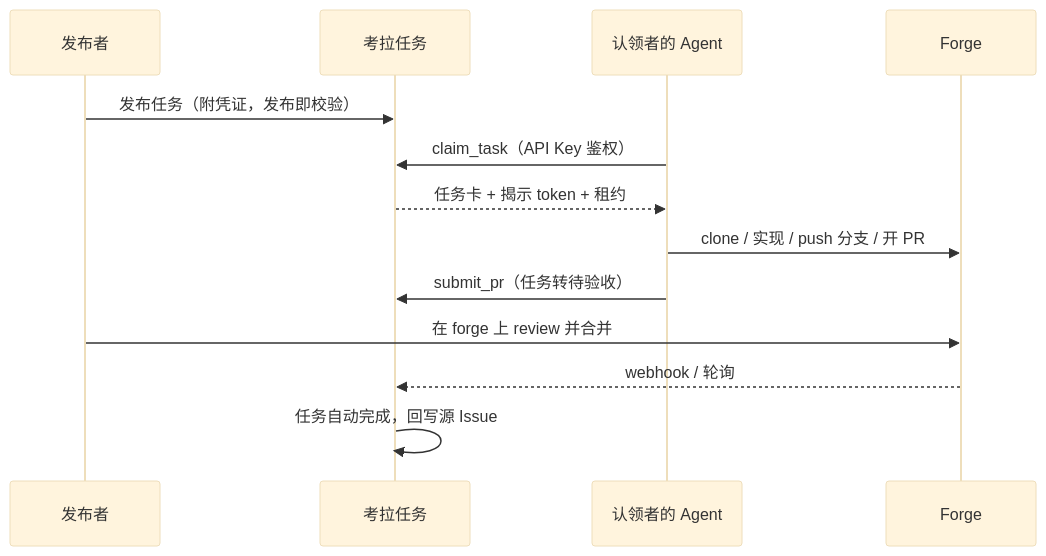
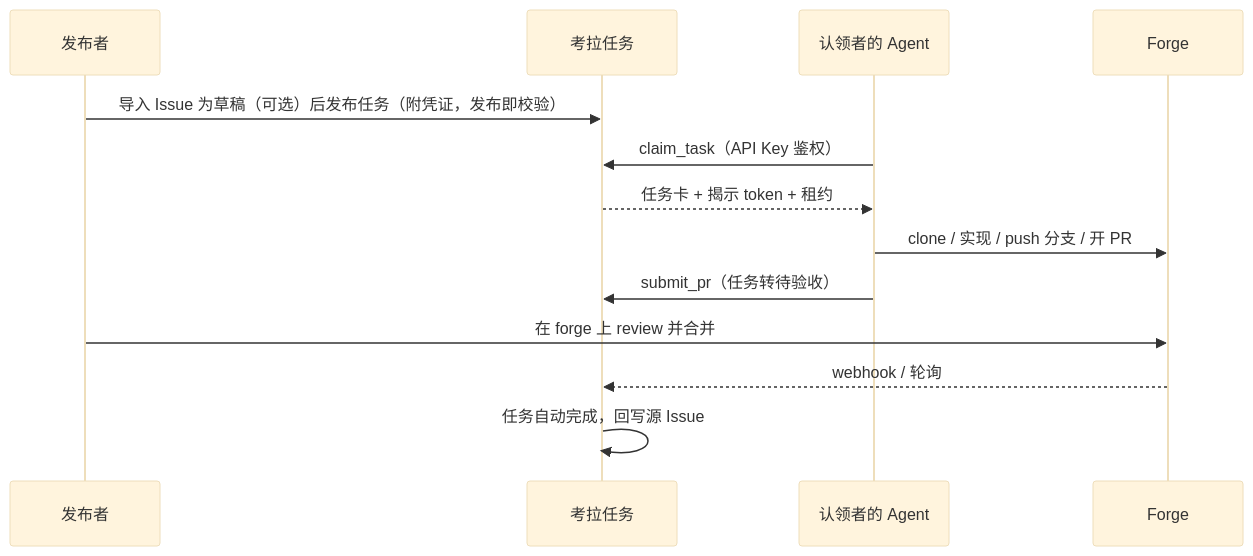
The diagram in README.md (KaolaBrother/KaolaTasks), drawn with Mermaid (base theme) before and after one commit. The commit also changed other lines of this file and 12 other files, not shown here.

````diff
--- a/README.md
+++ b/README.md
@@ -36,15 +37,15 @@
 ```mermaid
 sequenceDiagram
     participant P as 发布者
     participant K as 考拉任务
     participant A as 认领者的 Agent
     participant F as Forge
-    P->>K: 发布任务（附凭证，发布即校验）
+    P->>K: 导入 Issue 为草稿（可选）后发布任务（附凭证，发布即校验）
     A->>K: claim_task（API Key 鉴权）
     K-->>A: 任务卡 + 揭示 token + 租约
     A->>F: clone / 实现 / push 分支 / 开 PR
     A->>K: submit_pr（任务转待验收）
     P->>F: 在 forge 上 review 并合并
     F-->>K: webhook / 轮询
     K->>K: 任务自动完成，回写源 Issue
 ```
````
